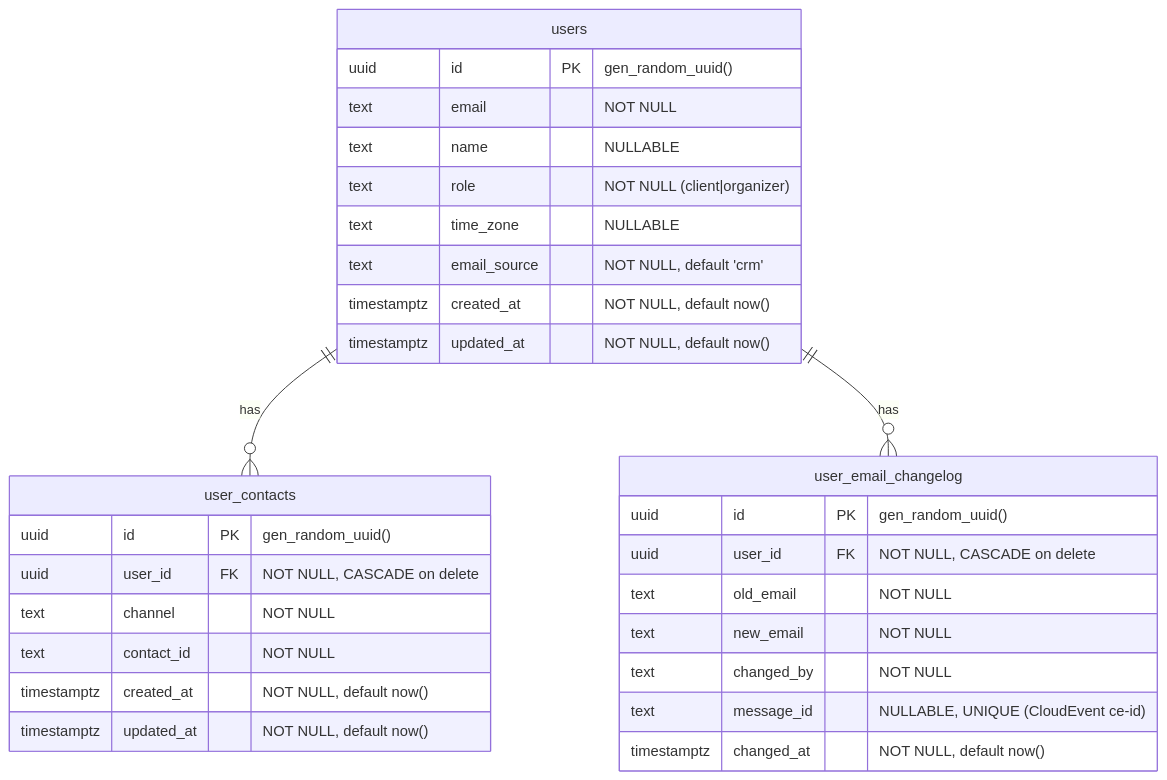
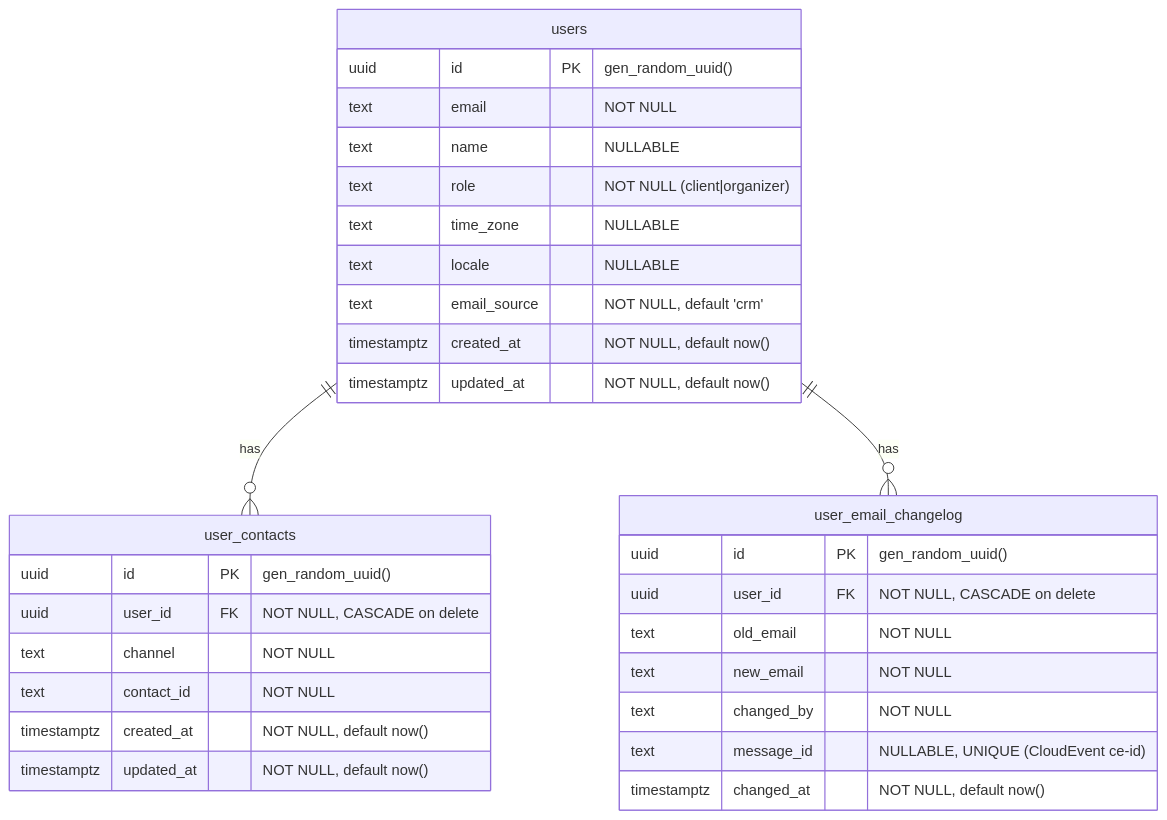
The diagram in docs/DATA_MODEL.md (Lelikov/event-users), drawn with Mermaid before and after one commit. The commit also changed other lines of this file and 7 other files, not shown here.

````diff
--- a/docs/DATA_MODEL.md
+++ b/docs/DATA_MODEL.md
@@ -5,35 +5,36 @@
 ```mermaid
 erDiagram
     users {
         uuid id PK "gen_random_uuid()"
         text email "NOT NULL"
         text name "NULLABLE"
         text role "NOT NULL (client|organizer)"
         text time_zone "NULLABLE"
+        text locale "NULLABLE"
         text email_source "NOT NULL, default 'crm'"
         timestamptz created_at "NOT NULL, default now()"
         timestamptz updated_at "NOT NULL, default now()"
     }
 
     user_contacts {
         uuid id PK "gen_random_uuid()"
         uuid user_id FK "NOT NULL, CASCADE on delete"
         text channel "NOT NULL"
         text contact_id "NOT NULL"
         timestamptz created_at "NOT NULL, default now()"
         timestamptz updated_at "NOT NULL, default now()"
     }
 
     user_email_changelog {
         uuid id PK "gen_random_uuid()"
         uuid user_id FK "NOT NULL, CASCADE on delete"
         text old_email "NOT NULL"
         text new_email "NOT NULL"
         text changed_by "NOT NULL"
         text message_id "NULLABLE, UNIQUE (CloudEvent ce-id)"
         timestamptz changed_at "NOT NULL, default now()"
     }
 
     users ||--o{ user_contacts : "has"
     users ||--o{ user_email_changelog : "has"
 ```
````
